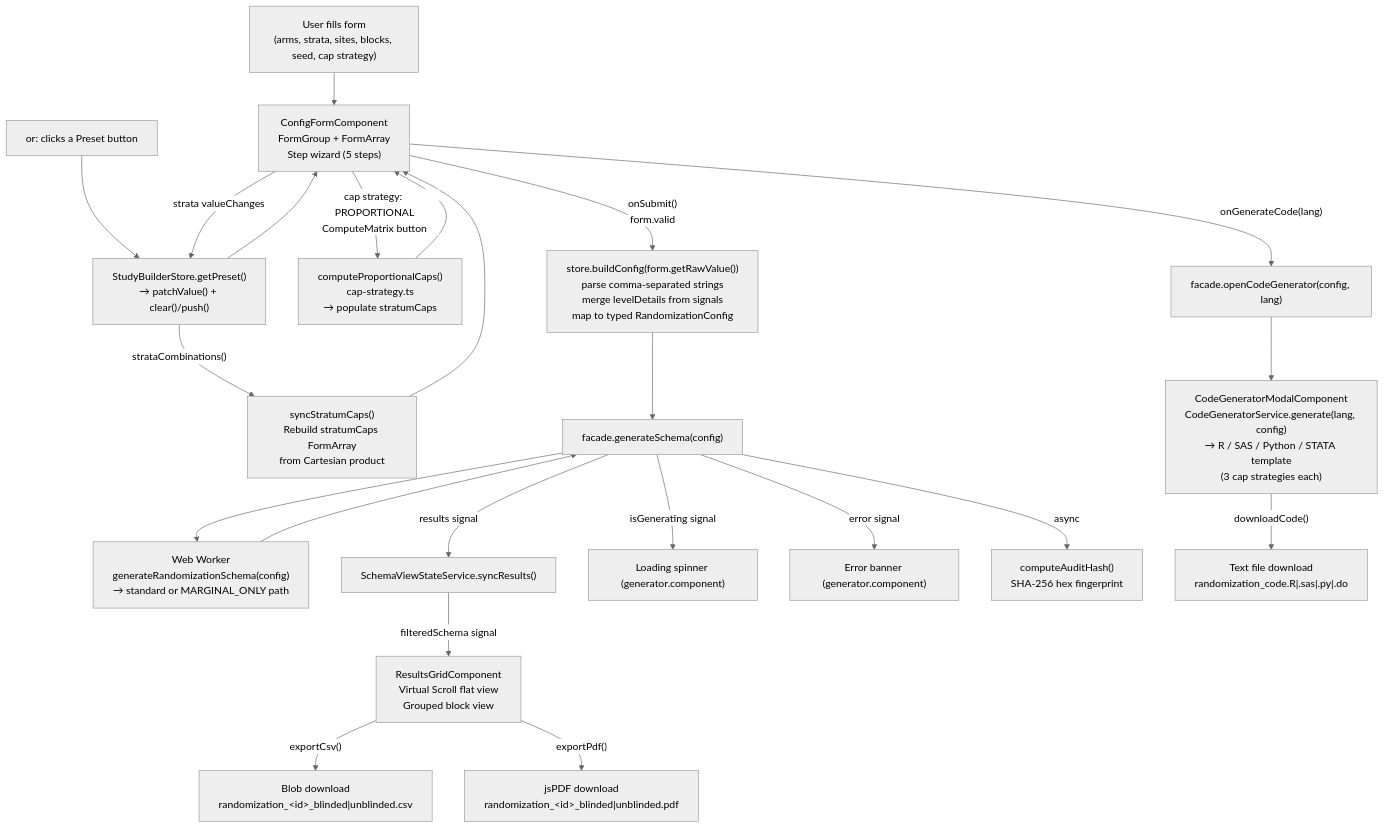
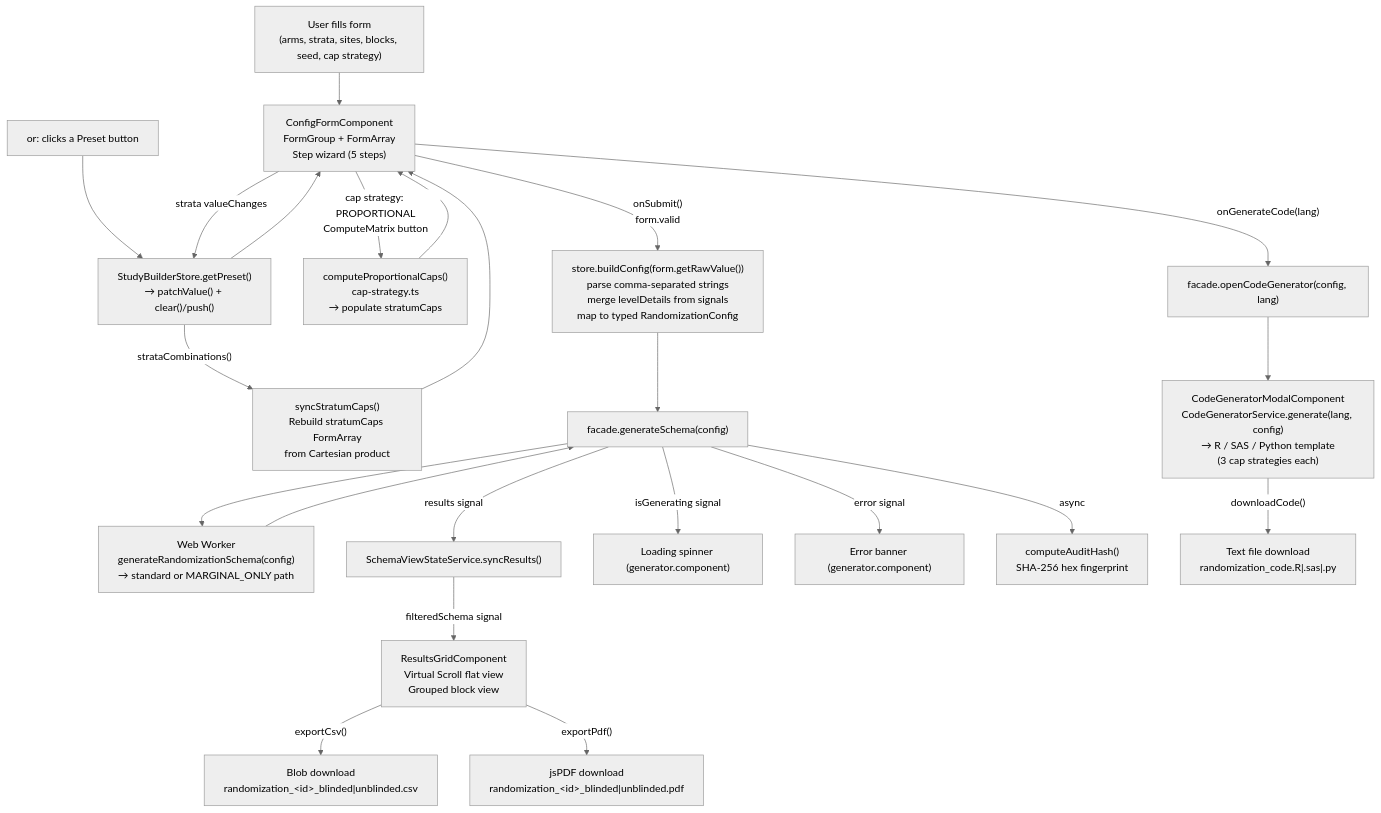
One commit to fderuiter/Clinical-Randomization-Generator changed the eighth of 17 diagrams in docs/ARCHITECTURE.md. Above: the diagram before and after it, drawn with Mermaid (neutral theme). The commit also changed other lines of this file and 12 other files, not shown here.

````diff
--- a/docs/ARCHITECTURE.md
+++ b/docs/ARCHITECTURE.md
@@ -639,34 +618,34 @@
 ```mermaid
 flowchart TD
     USER["User fills form\n(arms, strata, sites, blocks, seed, cap strategy)"]
     PRESET["or: clicks a Preset button"]
 
     USER --> FORM3["ConfigFormComponent\nFormGroup + FormArray\nStep wizard (5 steps)"]
     PRESET --> STORE3["StudyBuilderStore.getPreset()\n→ patchValue() + clear()/push()"]
     STORE3 --> FORM3
 
     FORM3 -- "strata valueChanges" --> STORE3
     STORE3 -- "strataCombinations()" --> CAPS["syncStratumCaps()\nRebuild stratumCaps FormArray\nfrom Cartesian product"]
     CAPS --> FORM3
 
     FORM3 -- "cap strategy: PROPORTIONAL\nComputeMatrix button" --> LRM["computeProportionalCaps()\ncap-strategy.ts\n→ populate stratumCaps"]
     LRM --> FORM3
 
     FORM3 -- "onSubmit()\nform.valid" --> BUILDCONFIG["store.buildConfig(form.getRawValue())\nparse comma-separated strings\nmerge levelDetails from signals\nmap to typed RandomizationConfig"]
     BUILDCONFIG --> FACADE3["facade.generateSchema(config)"]
 
     FACADE3 --> WORKER3["Web Worker\ngenerateRandomizationSchema(config)\n→ standard or MARGINAL_ONLY path"]
     WORKER3 --> FACADE3
     FACADE3 -- "results signal" --> VSSTATE3["SchemaViewStateService.syncResults()"]
     VSSTATE3 -- "filteredSchema signal" --> GRID["ResultsGridComponent\nVirtual Scroll flat view\nGrouped block view"]
     FACADE3 -- "isGenerating signal" --> SPINNER["Loading spinner (generator.component)"]
     FACADE3 -- "error signal" --> ERRMSG["Error banner (generator.component)"]
     FACADE3 -- "async" --> HASH["computeAuditHash()\nSHA-256 hex fingerprint"]
 
     GRID -- "exportCsv()" --> CSV["Blob download\nrandomization_&lt;id&gt;_blinded|unblinded.csv"]
     GRID -- "exportPdf()" --> PDF["jsPDF download\nrandomization_&lt;id&gt;_blinded|unblinded.pdf"]
 
     FORM3 -- "onGenerateCode(lang)" --> CODEMODALOPEN["facade.openCodeGenerator(config, lang)"]
-    CODEMODALOPEN --> MODAL3["CodeGeneratorModalComponent\nCodeGeneratorService.generate(lang, config)\n→ R / SAS / Python / STATA template\n(3 cap strategies each)"]
-    MODAL3 -- "downloadCode()" --> SCRIPT["Text file download\nrandomization_code.R|.sas|.py|.do"]
+    CODEMODALOPEN --> MODAL3["CodeGeneratorModalComponent\nCodeGeneratorService.generate(lang, config)\n→ R / SAS / Python template\n(3 cap strategies each)"]
+    MODAL3 -- "downloadCode()" --> SCRIPT["Text file download\nrandomization_code.R|.sas|.py"]
 ```
````
